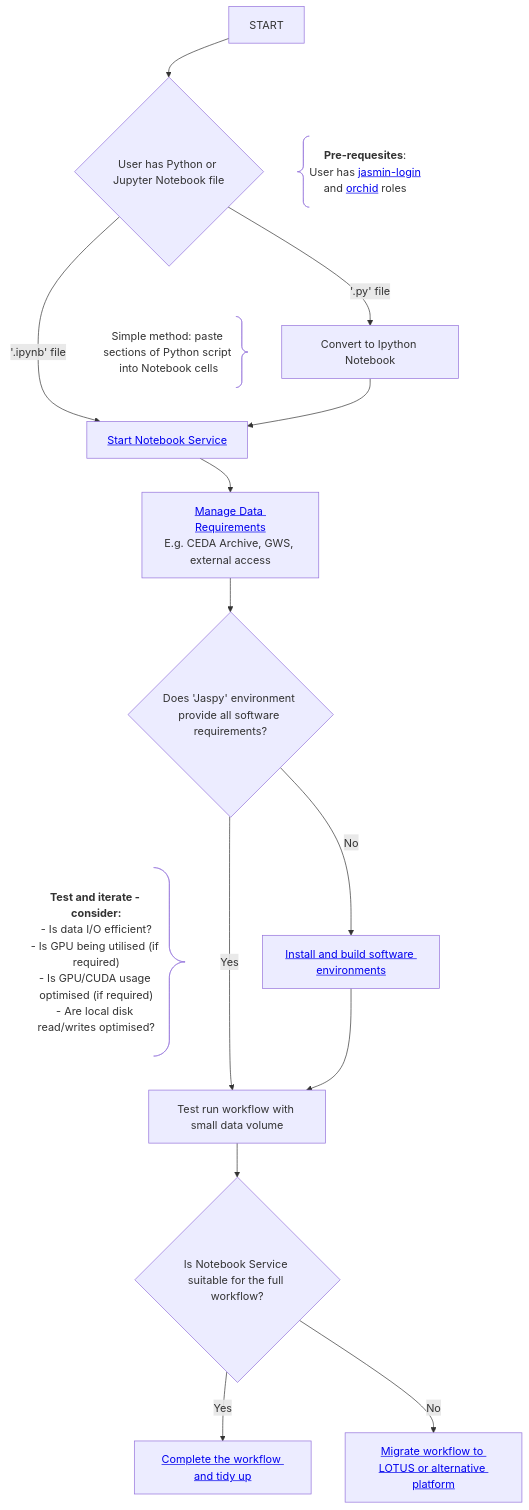
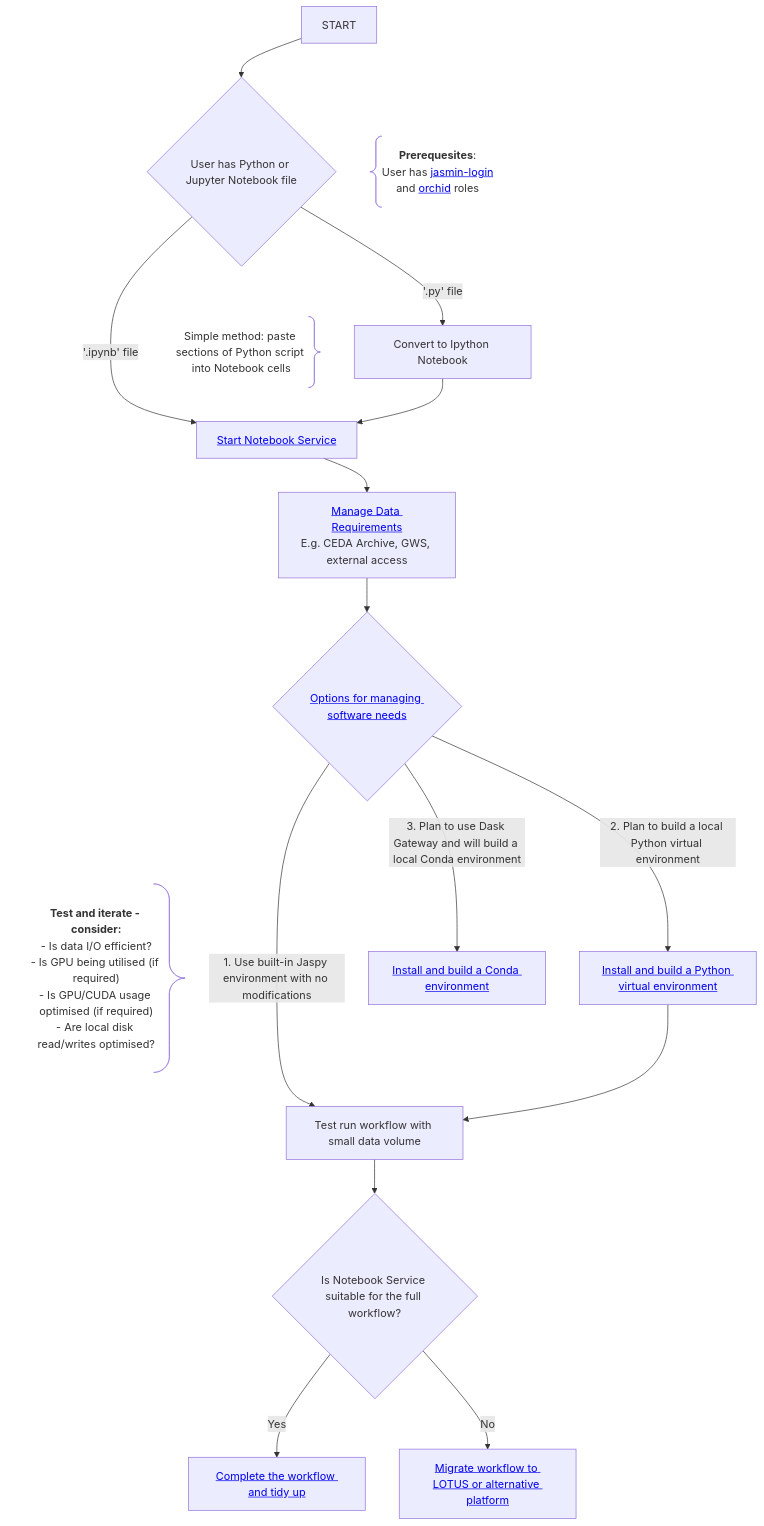
One commit to agstephens/proto-jasmin-mermaid-docs changed the first of 2 diagrams in README.md. Above: the diagram before and after it, drawn with Mermaid.

Commit message:
Fix spelling of 'Prerequisites' in README

````diff
--- a/README.md
+++ b/README.md
@@ -12,36 +12,37 @@
 ```mermaid
  flowchart TD
     START --> PY_IPYNB{User has Python or Jupyter Notebook file}
 
-    START ~~~ C1@{ shape: brace-l, label: "<b>Pre-requesites</b>:
+    START ~~~ C1@{ shape: brace-l, label: "<b>Prerequesites</b>:
         User has <a href='http://help.jasmin.ac.uk/docs/getting-started/get-login-account/'>jasmin-login</a> 
         and <a href='https://help.jasmin.ac.uk/docs/batch-computing/orchid-gpu-cluster/#request-access-to-orchid'>orchid</a> roles" }
 
     PY_IPYNB -->|'.ipynb' file| START_NBS[<a href="https://help.jasmin.ac.uk/docs/interactive-computing/jasmin-notebooks-service/#using-the-jasmin-notebook-service">Start Notebook Service</a>]
     PY_IPYNB -->|'.py' file| CONVERT_PY[Convert to Ipython Notebook]
 
     PY_IPYNB ~~~ C2@{ shape: brace-r, label: "Simple method: paste sections of Python script into Notebook cells"}
 
     CONVERT_PY --> START_NBS
     START_NBS ~~~ C3@{ shape: brace-r, label: "Plan data inputs and outputs.<br/>Do you have space to write your data files?"}
     
     START_NBS --> DATA_NEEDS[<a href="https://github.com/agstephens/proto-jasmin-mermaid-docs/blob/main/README.md#managing-data-access">Manage Data Requirements</a><br/>E.g. CEDA Archive, GWS, external access]
 
-    DATA_NEEDS --> SW_NEEDS{Does 'Jaspy' environment provide all software requirements?}
+    DATA_NEEDS --> SW_NEEDS{<a href="https://github.com/agstephens/proto-jasmin-mermaid-docs/blob/main/README.md#software-management">Options for managing software needs</a>}
 
-    SW_NEEDS -->|Yes| TEST_RUN[Test run workflow with small data volume]
-    SW_NEEDS -->|No| SW_INSTALL[<a href="https://github.com/agstephens/proto-jasmin-mermaid-docs/blob/main/README.md#managing-software-environments">Install and build software environments</a>]
+    SW_NEEDS -->|1. Use built-in Jaspy environment with no modifications| TEST_RUN[Test run workflow with small data volume]
+    SW_NEEDS -->|2. Plan to build a local Python virtual environment| VENV_INSTALL[<a href="https://github.com/agstephens/proto-jasmin-mermaid-docs/blob/main/README.md#building-virtual-environments">Install and build a Python virtual environment</a>]
+    SW_NEEDS -->|3. Plan to use Dask Gateway and will build a local Conda environment| CONDA_INSTALL[<a href="https://github.com/agstephens/proto-jasmin-mermaid-docs/blob/main/README.md#building-conda-environments">Install and build a Conda environment</a>]
 
-    SW_INSTALL --> TEST_RUN
+    VENV_INSTALL --> TEST_RUN
     SW_NEEDS ~~~ C3@{ shape: brace-r, label: "<b>Test and iterate - consider:</b>
     - Is data I/O efficient?
     - Is GPU being utilised (if required)
     - Is GPU/CUDA usage optimised (if required)
     - Are local disk read/writes optimised?"}
     
     TEST_RUN --> FULL_RUN{Is Notebook Service suitable for the full workflow?}
 
     FULL_RUN -->|Yes| COMPLETE[<a href="https://github.com/agstephens/proto-jasmin-mermaid-docs/blob/main/README.md#workflow-completion">Complete the workflow and tidy up</a>]
     FULL_RUN -->|No| MIGRATE[<a href="https://github.com/agstephens/proto-jasmin-mermaid-docs/blob/main/README.md#workflow-migration">Migrate workflow to LOTUS or alternative platform</a>]
 
 ```
````
